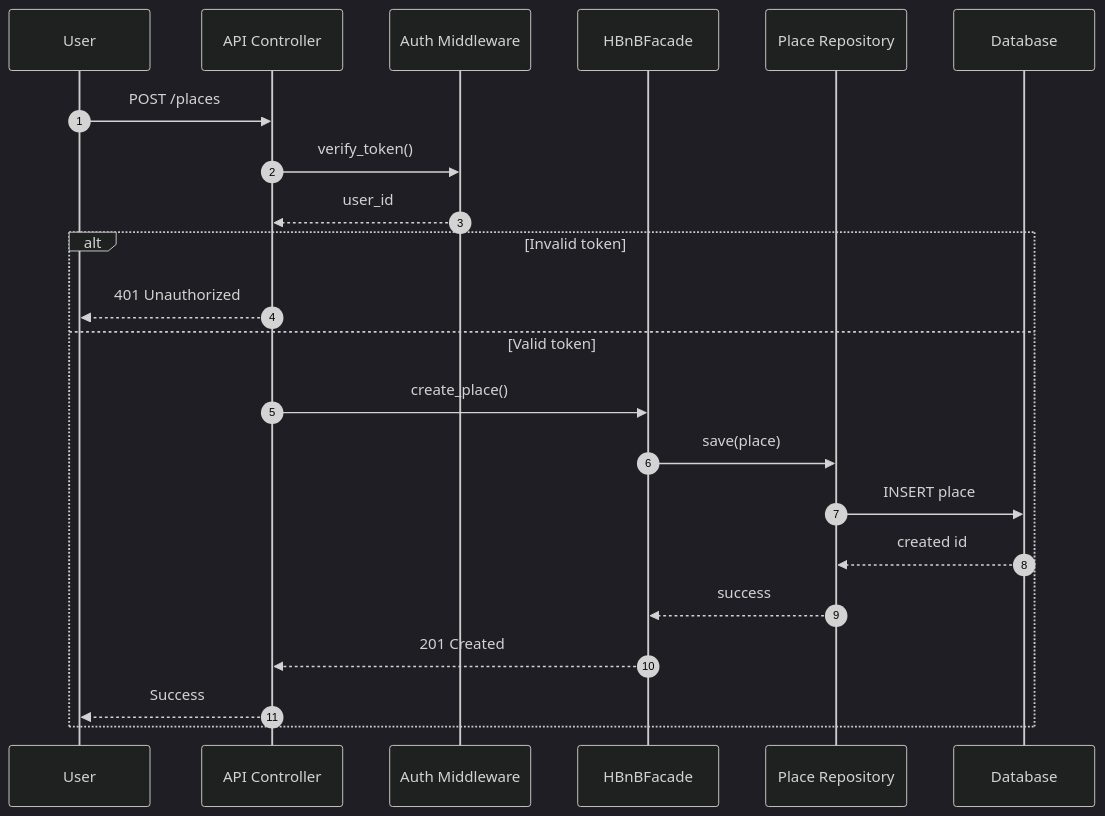
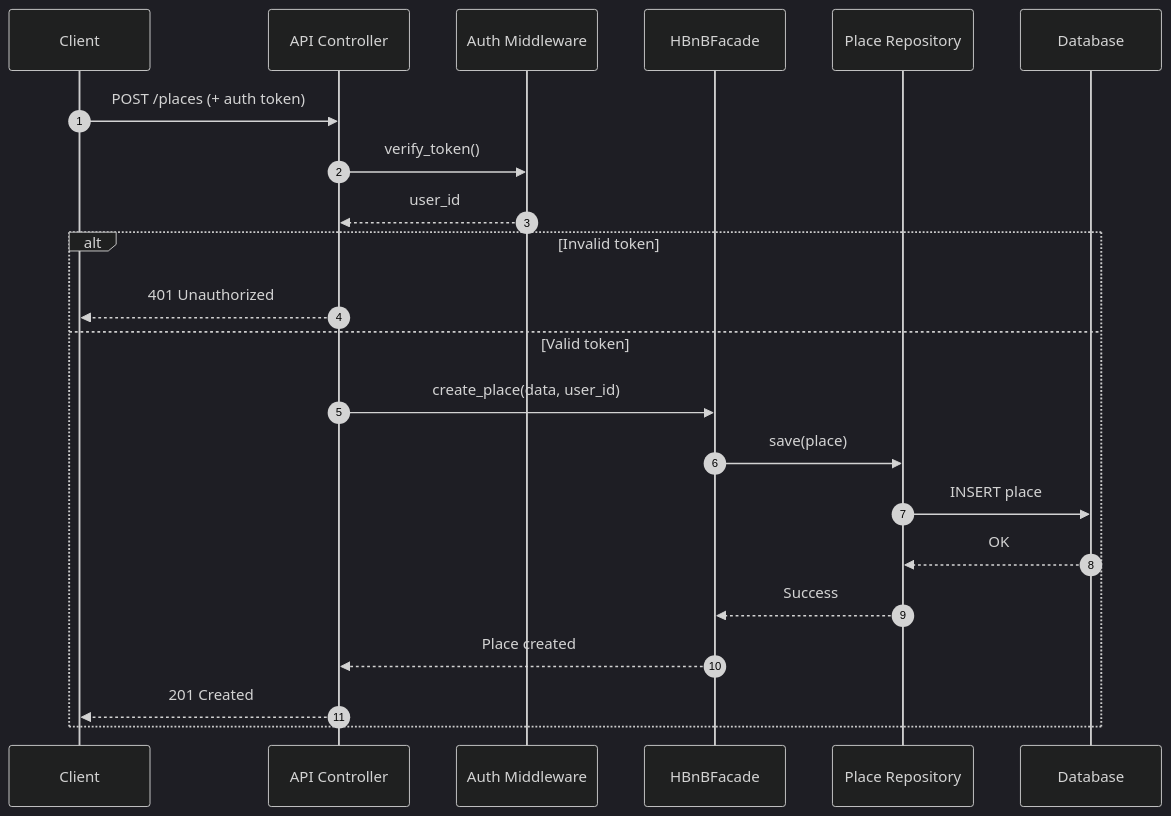
Before and after one commit to mnarzaid247-stack/holbertonschool-hbnb: the fourth of 6 diagrams in part1/README.md, drawn with Mermaid (dark theme). The commit also changed other lines of this file and 1 other file, not shown here.

````diff
--- a/part1/README.md
+++ b/part1/README.md
@@ -394,26 +345,26 @@
 ```mermaid
 sequenceDiagram
-autonumber
-participant Client as User
-participant API as API Controller
-participant Auth as Auth Middleware
-participant Facade as HBnBFacade
-participant PlaceRepo as Place Repository
-participant DB as Database
+    autonumber
+    participant Client
+    participant API as API Controller
+    participant Auth as Auth Middleware
+    participant Facade as HBnBFacade
+    participant PlaceRepo as Place Repository
+    participant DB as Database
 
-Client->>API: POST /places
-API->>Auth: verify_token()
-Auth-->>API: user_id
+    Client->>API: POST /places (+ auth token)
+    API->>Auth: verify_token()
+    Auth-->>API: user_id
 
-alt Invalid token
-API-->>Client: 401 Unauthorized
-else Valid token
-API->>Facade: create_place()
-Facade->>PlaceRepo: save(place)
-PlaceRepo->>DB: INSERT place
-DB-->>PlaceRepo: created id
-PlaceRepo-->>Facade: success
-Facade-->>API: 201 Created
-API-->>Client: Success
-end
+    alt Invalid token
+        API-->>Client: 401 Unauthorized
+    else Valid token
+        API->>Facade: create_place(data, user_id)
+        Facade->>PlaceRepo: save(place)
+        PlaceRepo->>DB: INSERT place
+        DB-->>PlaceRepo: OK
+        PlaceRepo-->>Facade: Success
+        Facade-->>API: Place created
+        API-->>Client: 201 Created
+    end
 ```
````
